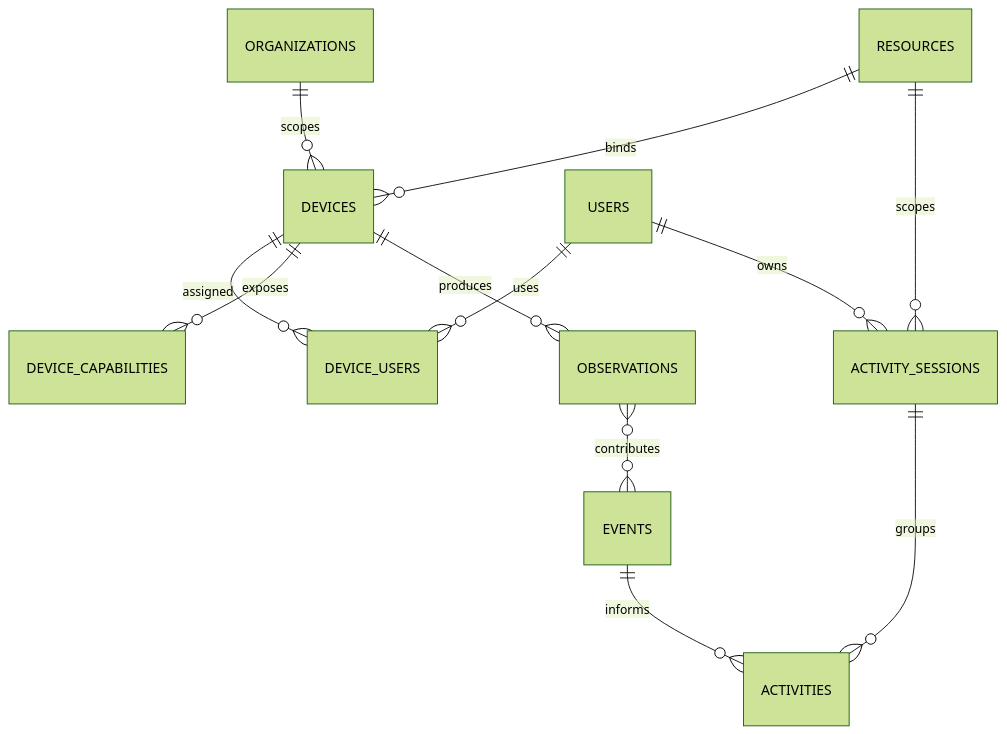
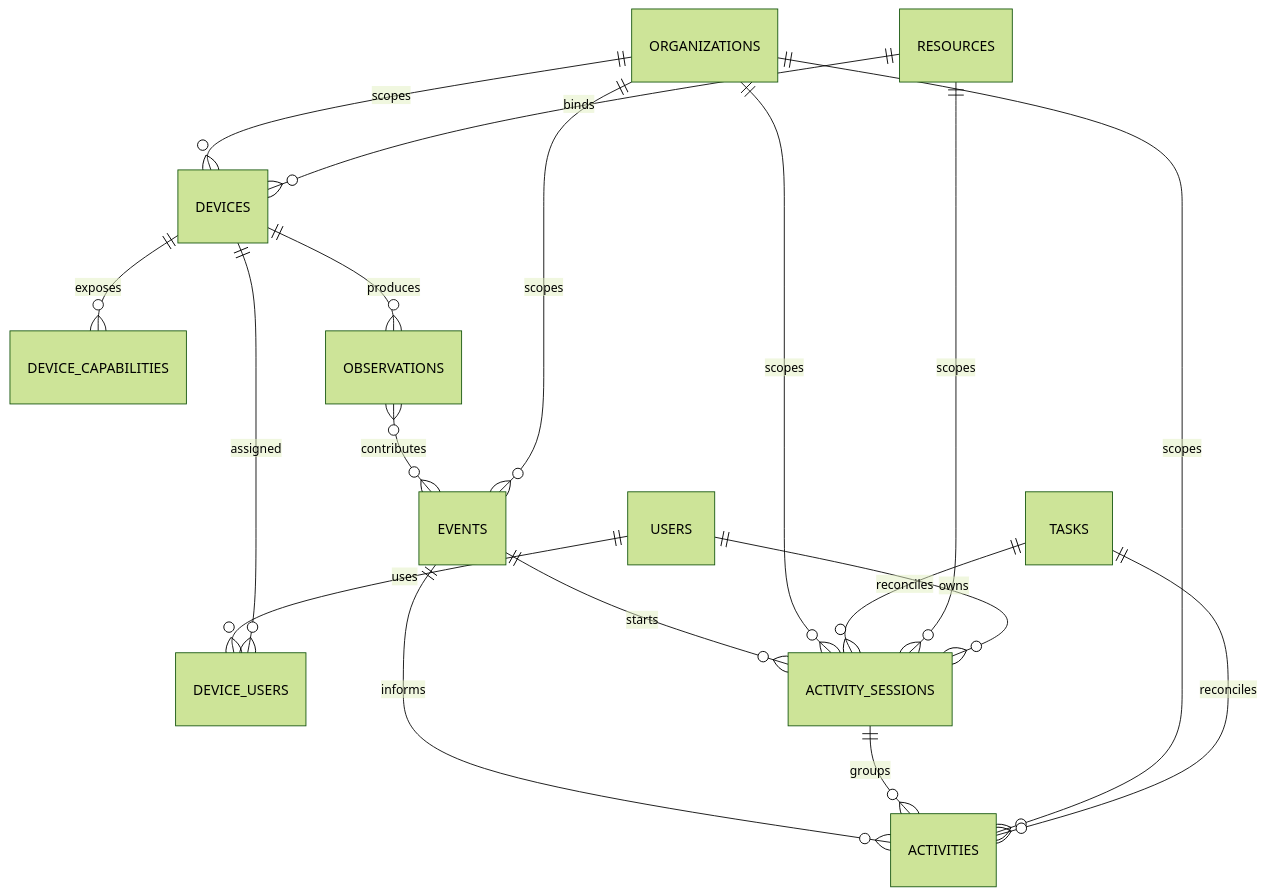
Before and after one commit to ananh888846/workspace_ai_agent: the third of 5 diagrams in docs/ERD_V2.md, drawn with Mermaid (forest theme). The commit also changed other lines of this file, not shown here.

Commit message:
docs: synchronize ERD with V2.1 domains

````diff
--- a/docs/ERD_V2.md
+++ b/docs/ERD_V2.md
@@ -47,14 +47,20 @@
 ```mermaid
 erDiagram
     ORGANIZATIONS ||--o{ DEVICES : scopes
     RESOURCES ||--o{ DEVICES : binds
     USERS ||--o{ DEVICE_USERS : uses
     DEVICES ||--o{ DEVICE_USERS : assigned
     DEVICES ||--o{ DEVICE_CAPABILITIES : exposes
     DEVICES ||--o{ OBSERVATIONS : produces
     OBSERVATIONS }o--o{ EVENTS : contributes
+    EVENTS ||--o{ ACTIVITY_SESSIONS : starts
     EVENTS ||--o{ ACTIVITIES : informs
     ACTIVITY_SESSIONS ||--o{ ACTIVITIES : groups
+    ORGANIZATIONS ||--o{ ACTIVITY_SESSIONS : scopes
+    ORGANIZATIONS ||--o{ ACTIVITIES : scopes
+    ORGANIZATIONS ||--o{ EVENTS : scopes
+    TASKS ||--o{ ACTIVITY_SESSIONS : reconciles
+    TASKS ||--o{ ACTIVITIES : reconciles
     RESOURCES ||--o{ ACTIVITY_SESSIONS : scopes
     USERS ||--o{ ACTIVITY_SESSIONS : owns
 ```
````
